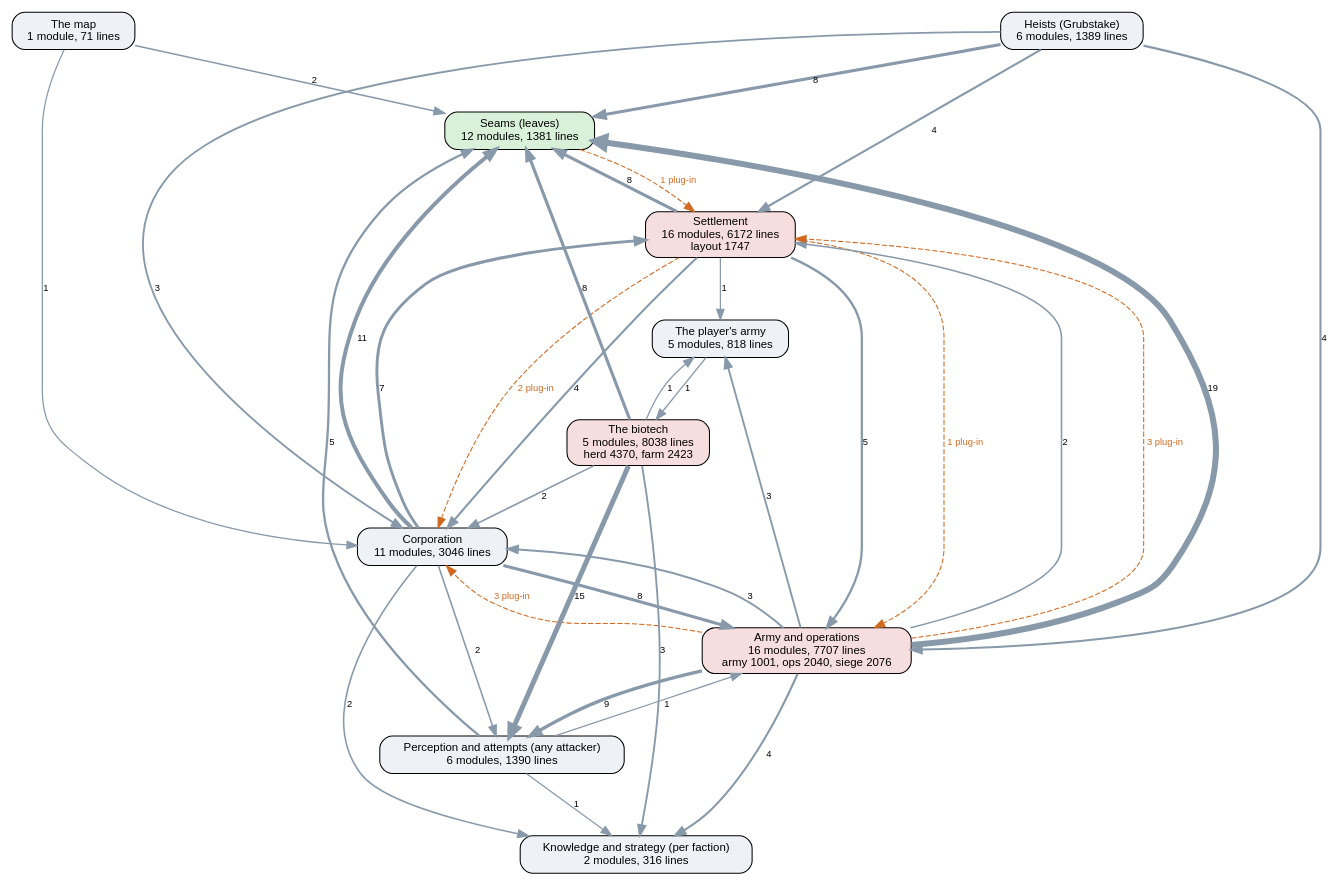
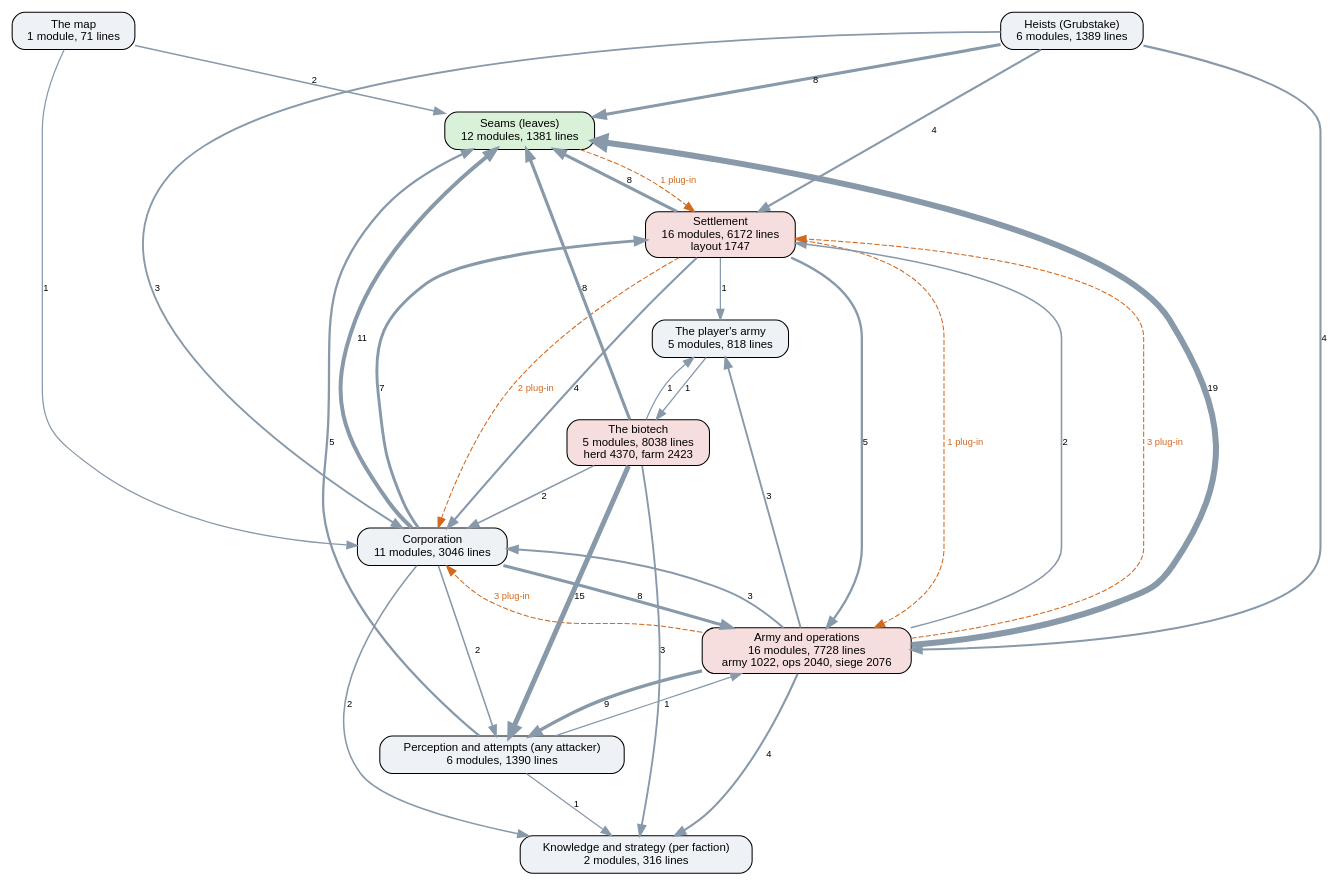
One commit to kinelhu/landing-party changed the diagram in docs/ai-layers.dot. Above: the diagram before and after it, drawn with Graphviz. The commit also changed 20 other files, not shown here.

```diff
--- a/docs/ai-layers.dot
+++ b/docs/ai-layers.dot
@@ -1,50 +1,50 @@
 digraph layers {
   graph [rankdir=TB, fontname="Helvetica", nodesep=0.5, ranksep=0.7];
   node [shape=box, style="rounded,filled", fontname="Helvetica", fontsize=11, fillcolor="#eef2f7"];
   edge [color="#8899aa", fontname="Helvetica", fontsize=9];
   "Seams (leaves)" [label="Seams (leaves)\n12 modules, 1381 lines", fillcolor="#d9f0d9"];
   "Perception and attempts (any attacker)" [label="Perception and attempts (any attacker)\n6 modules, 1390 lines", fillcolor="#eef2f7"];
   "Knowledge and strategy (per faction)" [label="Knowledge and strategy (per faction)\n2 modules, 316 lines", fillcolor="#eef2f7"];
   "Corporation" [label="Corporation\n11 modules, 3046 lines", fillcolor="#eef2f7"];
   "Settlement" [label="Settlement\n16 modules, 6172 lines\nlayout 1747", fillcolor="#f7dede"];
-  "Army and operations" [label="Army and operations\n16 modules, 7707 lines\narmy 1001, ops 2040, siege 2076", fillcolor="#f7dede"];
+  "Army and operations" [label="Army and operations\n16 modules, 7728 lines\narmy 1022, ops 2040, siege 2076", fillcolor="#f7dede"];
   "Heists (Grubstake)" [label="Heists (Grubstake)\n6 modules, 1389 lines", fillcolor="#eef2f7"];
   "The biotech" [label="The biotech\n5 modules, 8038 lines\nherd 4370, farm 2423", fillcolor="#f7dede"];
   "The map" [label="The map\n1 module, 71 lines", fillcolor="#eef2f7"];
   "The player's army" [label="The player's army\n5 modules, 818 lines", fillcolor="#eef2f7"];
   "Army and operations" -> "Corporation" [label="3", penwidth=1.8];
   "Army and operations" -> "Knowledge and strategy (per faction)" [label="4", penwidth=2.0];
   "Army and operations" -> "Perception and attempts (any attacker)" [label="9", penwidth=3.2];
   "Army and operations" -> "Seams (leaves)" [label="19", penwidth=5.8];
   "Army and operations" -> "Settlement" [label="2", penwidth=1.5];
   "Army and operations" -> "The player's army" [label="3", penwidth=1.8];
   "Corporation" -> "Army and operations" [label="8", penwidth=3.0];
   "Corporation" -> "Knowledge and strategy (per faction)" [label="2", penwidth=1.5];
   "Corporation" -> "Perception and attempts (any attacker)" [label="2", penwidth=1.5];
   "Corporation" -> "Seams (leaves)" [label="11", penwidth=3.8];
   "Corporation" -> "Settlement" [label="7", penwidth=2.8];
   "Heists (Grubstake)" -> "Army and operations" [label="4", penwidth=2.0];
   "Heists (Grubstake)" -> "Corporation" [label="3", penwidth=1.8];
   "Heists (Grubstake)" -> "Seams (leaves)" [label="8", penwidth=3.0];
   "Heists (Grubstake)" -> "Settlement" [label="4", penwidth=2.0];
   "Perception and attempts (any attacker)" -> "Army and operations" [label="1", penwidth=1.2];
   "Perception and attempts (any attacker)" -> "Knowledge and strategy (per faction)" [label="1", penwidth=1.2];
   "Perception and attempts (any attacker)" -> "Seams (leaves)" [label="5", penwidth=2.2];
   "Settlement" -> "Army and operations" [label="5", penwidth=2.2];
   "Settlement" -> "Corporation" [label="4", penwidth=2.0];
   "Settlement" -> "Seams (leaves)" [label="8", penwidth=3.0];
   "Settlement" -> "The player's army" [label="1", penwidth=1.2];
   "The biotech" -> "Corporation" [label="2", penwidth=1.5];
   "The biotech" -> "Knowledge and strategy (per faction)" [label="3", penwidth=1.8];
   "The biotech" -> "Perception and attempts (any attacker)" [label="15", penwidth=4.8];
   "The biotech" -> "Seams (leaves)" [label="8", penwidth=3.0];
   "The biotech" -> "The player's army" [label="1", penwidth=1.2];
   "The map" -> "Corporation" [label="1", penwidth=1.2];
   "The map" -> "Seams (leaves)" [label="2", penwidth=1.5];
   "The player's army" -> "The biotech" [label="1", penwidth=1.2];
   "Army and operations" -> "Corporation" [style=dashed, color="#d2691e", fontcolor="#d2691e", label="3 plug-in"];
   "Army and operations" -> "Settlement" [style=dashed, color="#d2691e", fontcolor="#d2691e", label="3 plug-in"];
   "Seams (leaves)" -> "Settlement" [style=dashed, color="#d2691e", fontcolor="#d2691e", label="1 plug-in"];
   "Settlement" -> "Army and operations" [style=dashed, color="#d2691e", fontcolor="#d2691e", label="1 plug-in"];
   "Settlement" -> "Corporation" [style=dashed, color="#d2691e", fontcolor="#d2691e", label="2 plug-in"];
 }
```
